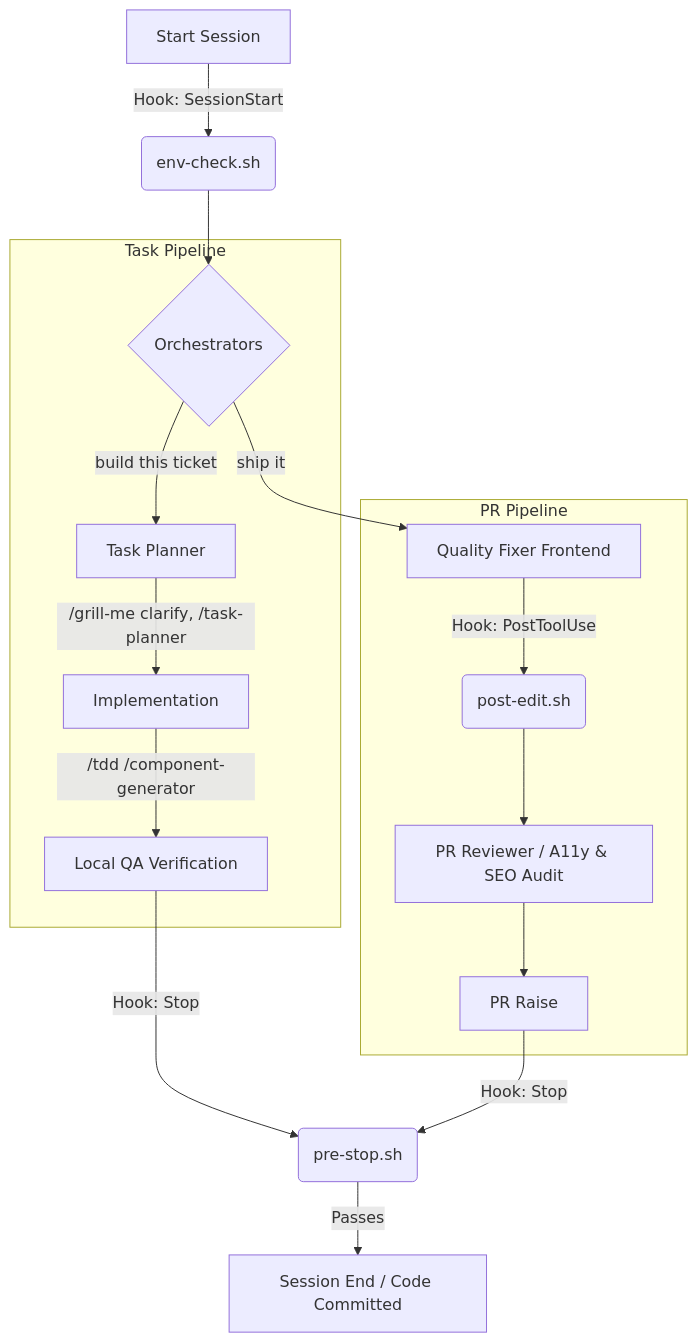
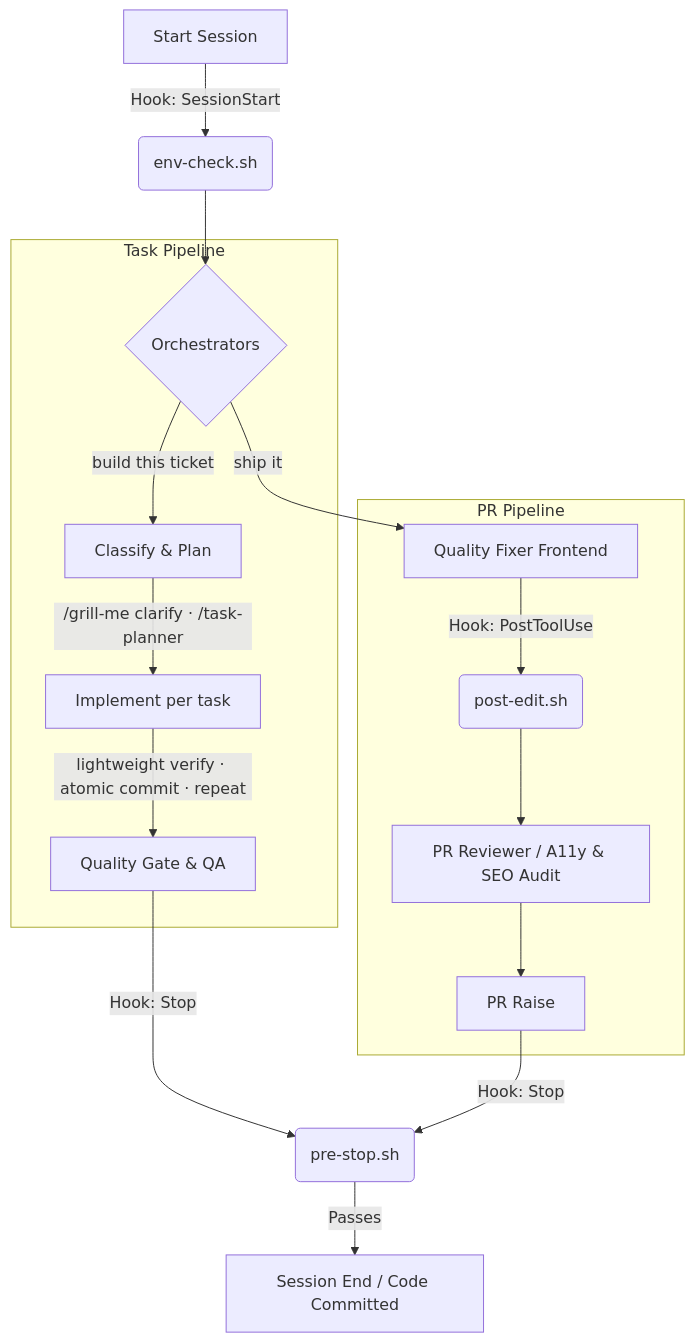
The diagram in README.md (Manoj-M-S/claude-code-workflow), drawn with Mermaid before and after one commit. The commit also changed other lines of this file, not shown here.

Commit message:
docs(readme): fix Mermaid diagram and task-pipeline description accuracy
Mermaid diagram: remove tdd/domain-model from pipeline edges; show
grill-me in planning, component-generator + atomic commits in
implementation, quality gate + QA at the end. Valid graph TD syntax.

Task Pipeline blurb: rewrite to accurately describe the real flow —
grill-me for clarification, task-planner for breakdown, component-generator
conventions for implementation with per-task commits, then full quality gate.
Remove the inaccurate "Runs /tdd during implementation" phrasing entirely.

````diff
--- a/README.md
+++ b/README.md
@@ -16,22 +16,22 @@
 ```mermaid
 graph TD
     A[Start Session] -->|Hook: SessionStart| B(env-check.sh)
     B --> C{Orchestrators}
-    
+
     subgraph Task Pipeline
-        C -->|build this ticket| D[Task Planner]
-        D -->|/grill-me clarify, /task-planner| E[Implementation]
-        E -->|/tdd /component-generator| F[Local QA Verification]
+        C -->|build this ticket| D[Classify & Plan]
+        D -->|/grill-me clarify · /task-planner| E[Implement per task]
+        E -->|lightweight verify · atomic commit · repeat| F[Quality Gate & QA]
     end
-    
+
     subgraph PR Pipeline
         C -->|ship it| G[Quality Fixer Frontend]
         G -->|Hook: PostToolUse| H(post-edit.sh)
         H --> I[PR Reviewer / A11y & SEO Audit]
         I --> J[PR Raise]
     end
-    
+
     F -->|Hook: Stop| K(pre-stop.sh)
     J -->|Hook: Stop| K
     K -->|Passes| L[Session End / Code Committed]
 ```
````
